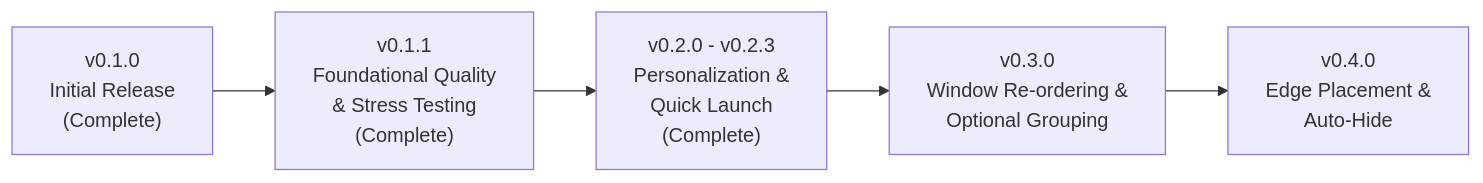
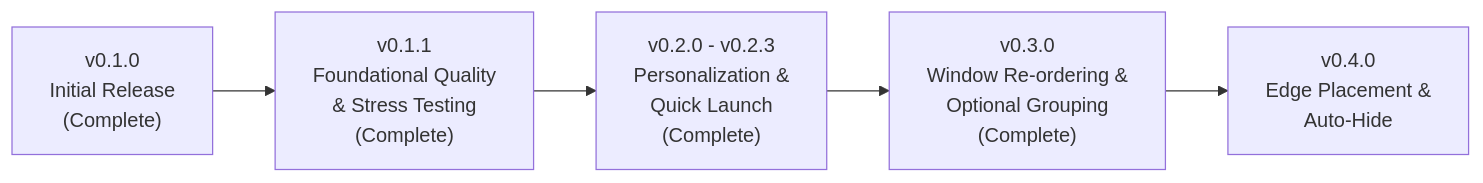
Before and after one commit to obertguo/macos-taskbar: the diagram in plans/roadmap.md, drawn with Mermaid. The commit also changed other lines of this file and 9 other files, not shown here.

First line of the commit message:
docs: synchronize architecture, testing guides, specifications, and bump version to v0.3.0

````diff
--- a/plans/roadmap.md
+++ b/plans/roadmap.md
@@ -20,7 +20,7 @@
 ```mermaid
 flowchart LR
     v010["v0.1.0<br/>Initial Release<br/>(Complete)"] --> v011["v0.1.1<br/>Foundational Quality<br/>& Stress Testing<br/>(Complete)"]
     v011 --> v020["v0.2.0 - v0.2.3<br/>Personalization &<br/>Quick Launch<br/>(Complete)"]
-    v020 --> v030["v0.3.0<br/>Window Re-ordering &<br/>Optional Grouping"]
+    v020 --> v030["v0.3.0<br/>Window Re-ordering &<br/>Optional Grouping<br/>(Complete)"]
     v030 --> v040["v0.4.0<br/>Edge Placement &<br/>Auto-Hide"]
 ```
````
